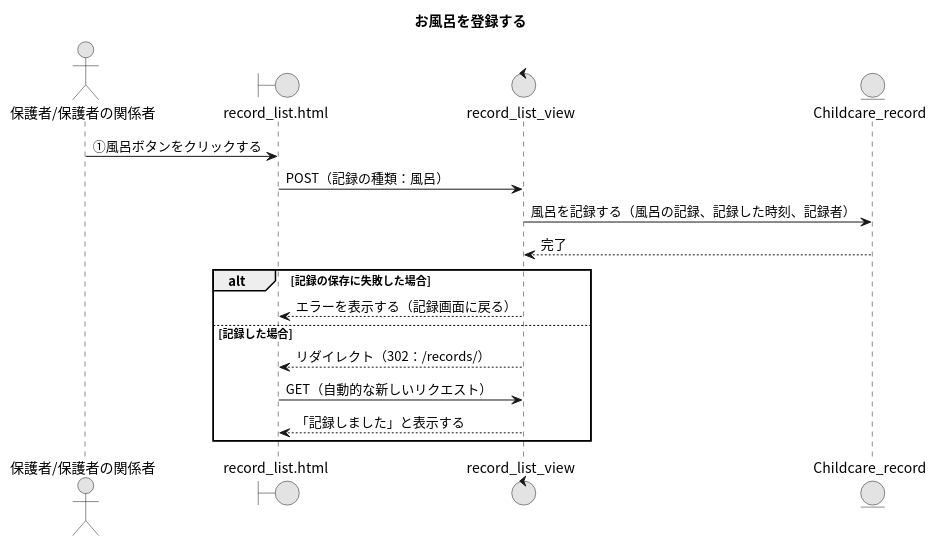
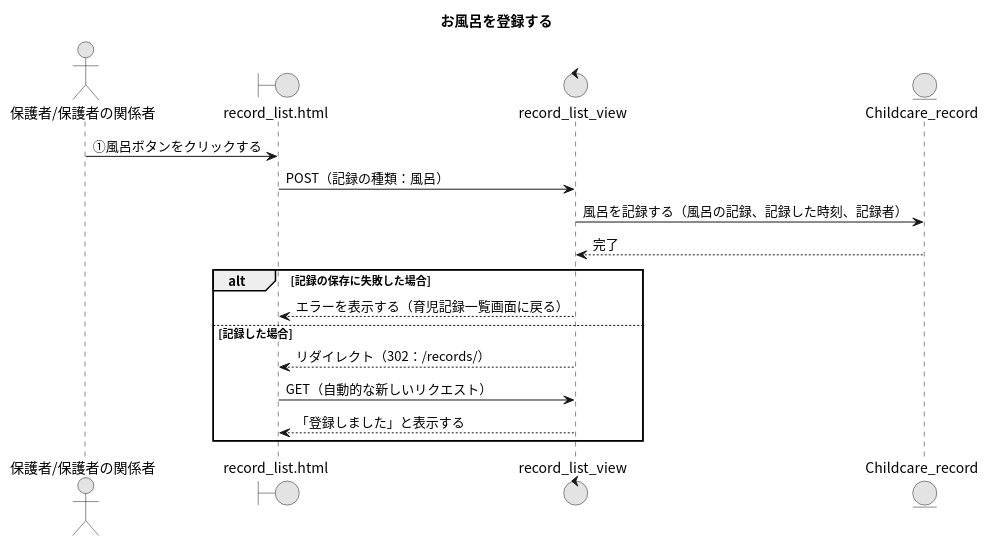
Before and after one commit to Ma2naga190330/26_sotugyou_puml: the diagram in 33_お風呂を登録する.puml, drawn with PlantUML. The commit also changed 64 other files, not shown here.

```diff
--- a/33_お風呂を登録する.puml
+++ b/33_お風呂を登録する.puml
@@ -1,22 +1,22 @@
 @startuml
 title お風呂を登録する
 skinparam defaultFontName "Noto Sans CJK JP"
 skinparam monochrome true
 
 actor "保護者/保護者の関係者" as A
 boundary "record_list.html" as RLP
 control "record_list_view" as RLV
 entity "Childcare_record" as CRM
 
 A -> RLP : ①風呂ボタンをクリックする
 RLP -> RLV : POST（記録の種類：風呂）
 RLV -> CRM : 風呂を記録する（風呂の記録、記録した時刻、記録者）
 RLV <-- CRM : 完了
 alt 記録の保存に失敗した場合
-  RLV --> RLP : エラーを表示する（記録画面に戻る）
+  RLV --> RLP : エラーを表示する（育児記録一覧画面に戻る）
 else 記録した場合
   RLV --> RLP : リダイレクト（302：/records/）
   RLP -> RLV : GET（自動的な新しいリクエスト）
-  RLV --> RLP : 「記録しました」と表示する
+  RLV --> RLP : 「登録しました」と表示する
 end
 @enduml
```
